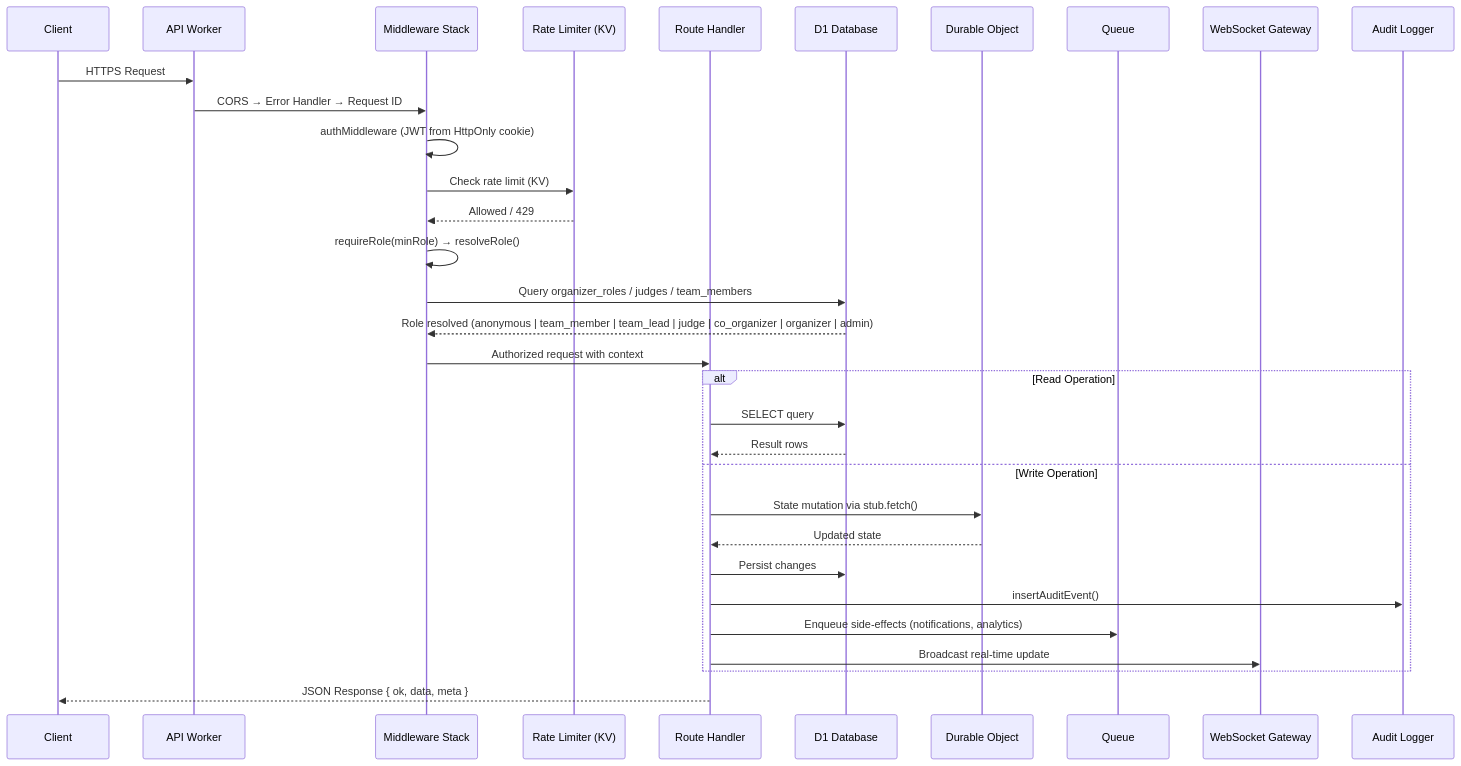
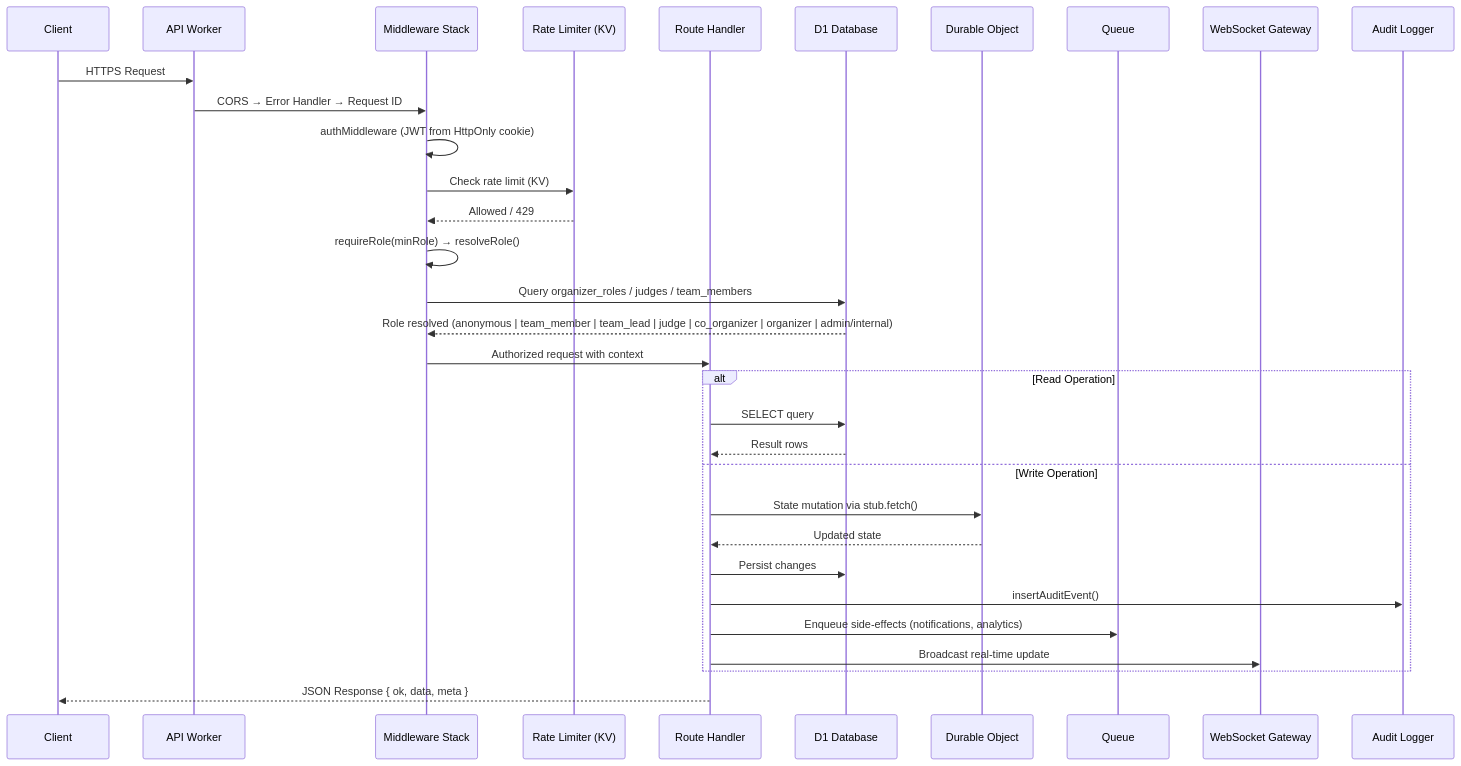
One commit to devangshupandey2025-stack/DevSage changed the second of 8 diagrams in docs/v3/planned/00-overview.md. Above: the diagram before and after it, drawn with Mermaid. The commit also changed other lines of this file and 3 other files, not shown here.

First line of the commit message:
docs(core): verify and fix architecture, auth, lifecycle, and team docs

````diff
--- a/docs/v3/planned/00-overview.md
+++ b/docs/v3/planned/00-overview.md
@@ -139,37 +143,37 @@
 ```mermaid
 sequenceDiagram
     participant C as Client
     participant W as API Worker
     participant MW as Middleware Stack
     participant RL as Rate Limiter (KV)
     participant R as Route Handler
     participant DB as D1 Database
     participant DO as Durable Object
     participant Q as Queue
     participant WS as WebSocket Gateway
     participant AU as Audit Logger
 
     C->>W: HTTPS Request
     W->>MW: CORS → Error Handler → Request ID
     MW->>MW: authMiddleware (JWT from HttpOnly cookie)
     MW->>RL: Check rate limit (KV)
     RL-->>MW: Allowed / 429
     MW->>MW: requireRole(minRole) → resolveRole()
     MW->>DB: Query organizer_roles / judges / team_members
-    DB-->>MW: Role resolved (anonymous | team_member | team_lead | judge | co_organizer | organizer | admin)
+    DB-->>MW: Role resolved (anonymous | team_member | team_lead | judge | co_organizer | organizer | admin/internal)
     MW->>R: Authorized request with context
 
     alt Read Operation
         R->>DB: SELECT query
         DB-->>R: Result rows
     else Write Operation
         R->>DO: State mutation via stub.fetch()
         DO-->>R: Updated state
         R->>DB: Persist changes
         R->>AU: insertAuditEvent()
         R->>Q: Enqueue side-effects (notifications, analytics)
         R->>WS: Broadcast real-time update
     end
 
     R-->>C: JSON Response { ok, data, meta }
 ```
````
